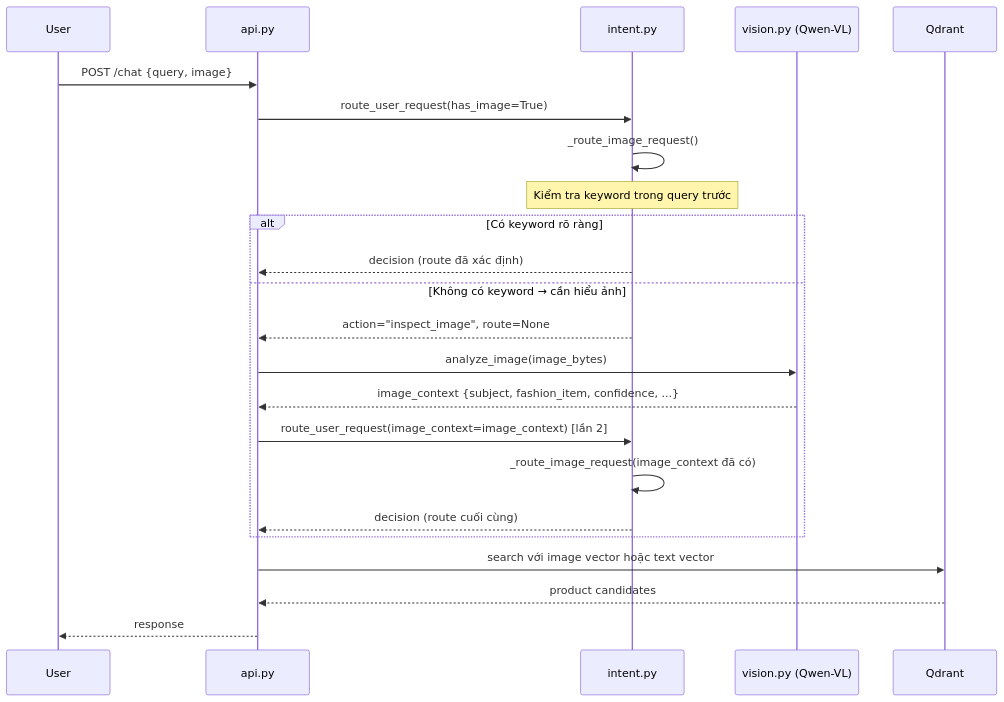
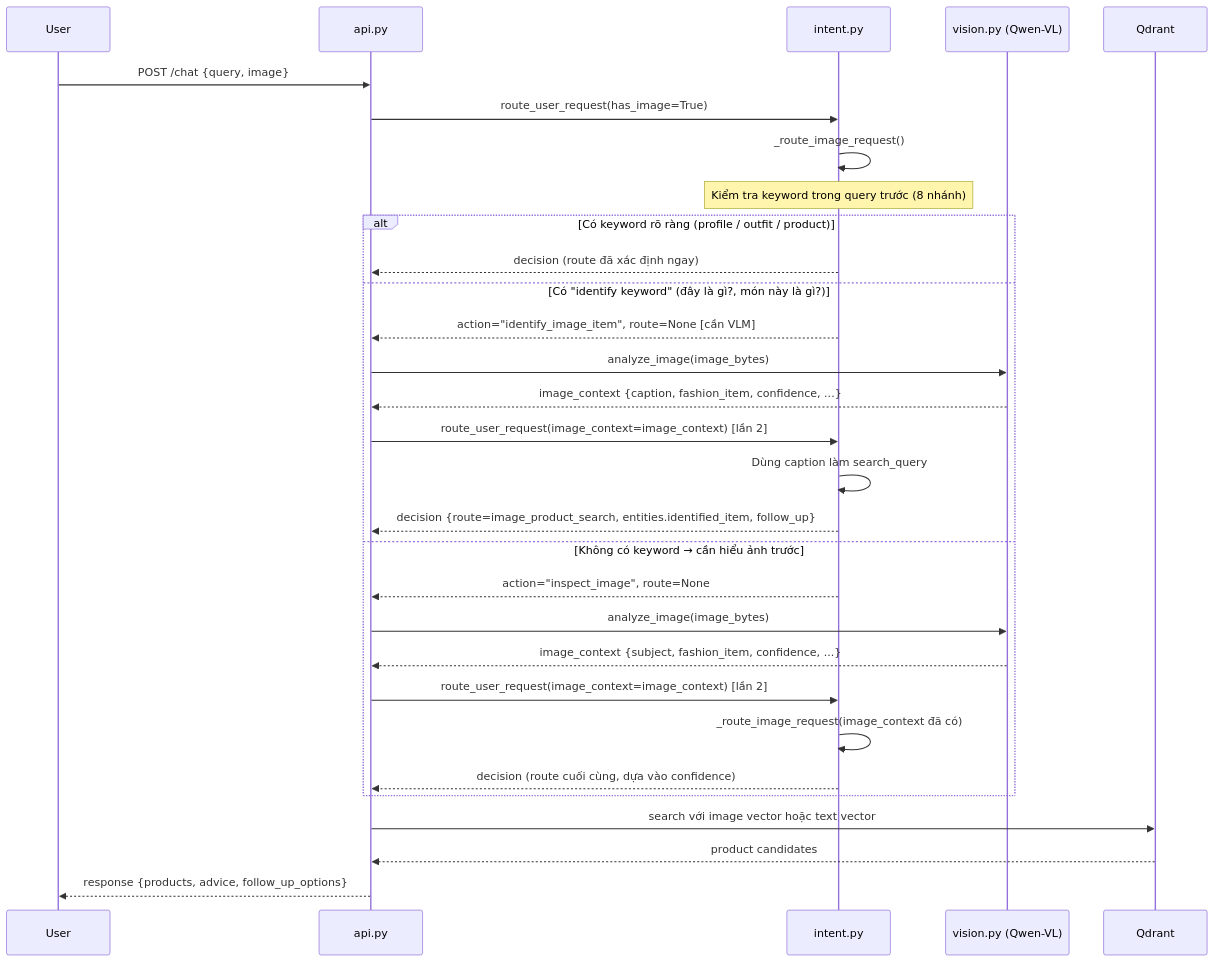
One commit to TrongNghia041104/Chatbot_Fashion changed the second of 2 diagrams in docs/SYSTEM_ARCHITECTURE.md. Above: the diagram before and after it, drawn with Mermaid. The commit also changed 3 other files, not shown here.

````diff
--- a/docs/SYSTEM_ARCHITECTURE.md
+++ b/docs/SYSTEM_ARCHITECTURE.md
@@ -294,29 +294,36 @@
 ```mermaid
 sequenceDiagram
     participant User
     participant API as api.py
     participant Router as intent.py
     participant VLM as vision.py (Qwen-VL)
     participant Qdrant
 
     User->>API: POST /chat {query, image}
     API->>Router: route_user_request(has_image=True)
 
     Router->>Router: _route_image_request()
-    note over Router: Kiểm tra keyword trong query trước
+    note over Router: Kiểm tra keyword trong query trước (8 nhánh)
 
-    alt Có keyword rõ ràng
-        Router-->>API: decision (route đã xác định)
-    else Không có keyword → cần hiểu ảnh
+    alt Có keyword rõ ràng (profile / outfit / product)
+        Router-->>API: decision (route đã xác định ngay)
+    else Có "identify keyword" (đây là gì?, món này là gì?)
+        Router-->>API: action="identify_image_item", route=None [cần VLM]
+        API->>VLM: analyze_image(image_bytes)
+        VLM-->>API: image_context {caption, fashion_item, confidence, ...}
+        API->>Router: route_user_request(image_context=image_context) [lần 2]
+        Router->>Router: Dùng caption làm search_query
+        Router-->>API: decision {route=image_product_search, entities.identified_item, follow_up}
+    else Không có keyword → cần hiểu ảnh trước
         Router-->>API: action="inspect_image", route=None
         API->>VLM: analyze_image(image_bytes)
         VLM-->>API: image_context {subject, fashion_item, confidence, ...}
         API->>Router: route_user_request(image_context=image_context) [lần 2]
         Router->>Router: _route_image_request(image_context đã có)
-        Router-->>API: decision (route cuối cùng)
+        Router-->>API: decision (route cuối cùng, dựa vào confidence)
     end
 
     API->>Qdrant: search với image vector hoặc text vector
     Qdrant-->>API: product candidates
-    API-->>User: response
+    API-->>User: response {products, advice, follow_up_options}
 ```
````
